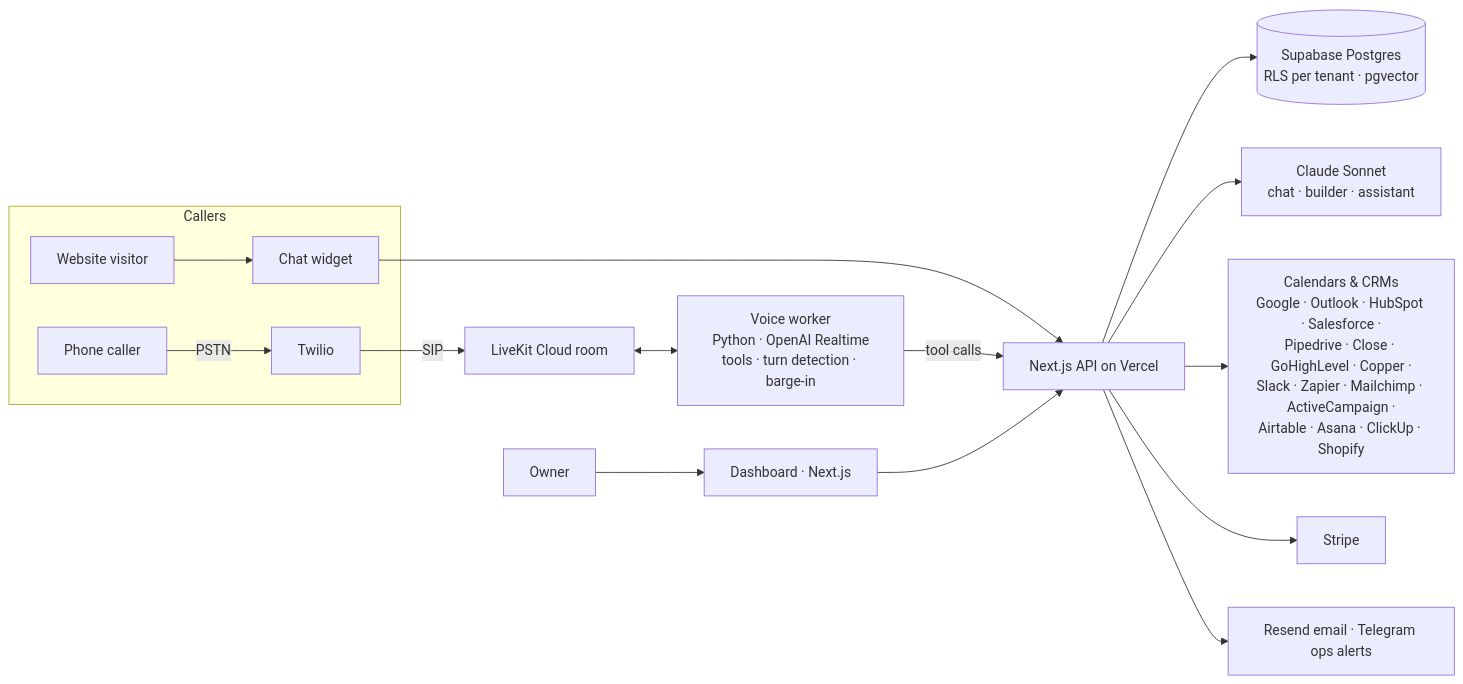
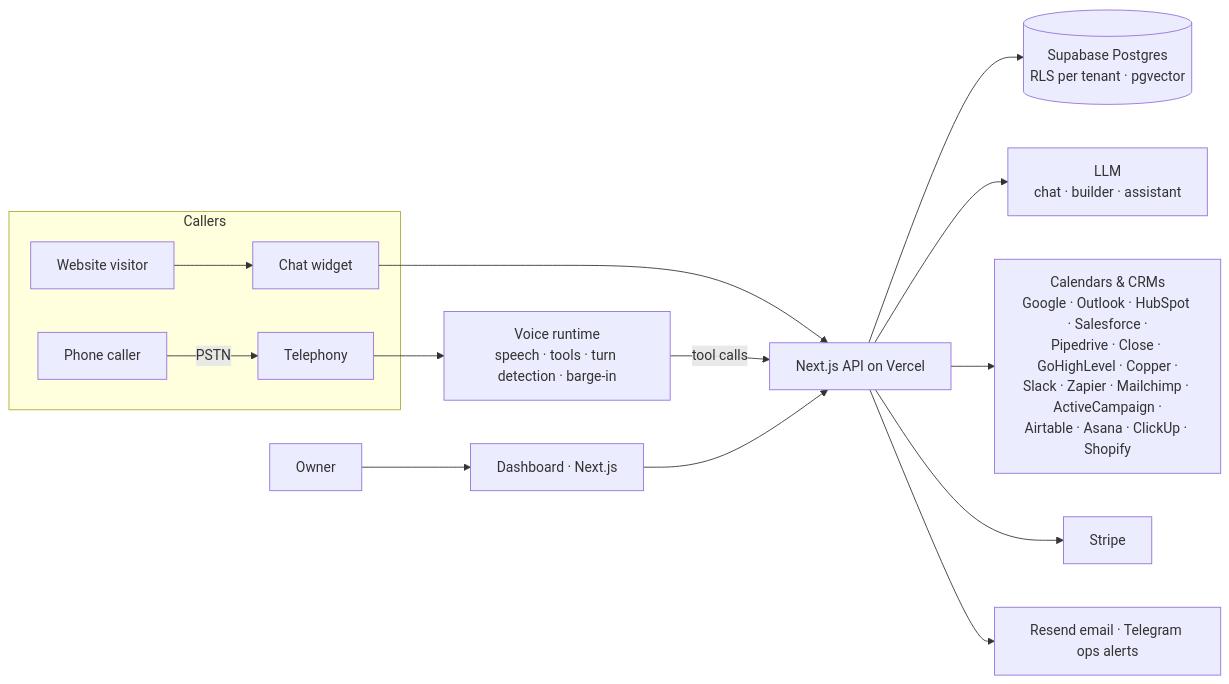
Before and after one commit to lucas-ai-automations/rinqly-ai-receptionist: the first of 2 diagrams in README.md, drawn with Mermaid. The commit also changed other lines of this file, not shown here.

Commit message:
README: keep the voice stack private

````diff
--- a/README.md
+++ b/README.md
@@ -21,18 +21,17 @@
 ```mermaid
 flowchart LR
     subgraph Callers
-        P[Phone caller] -->|PSTN| TW[Twilio]
+        P[Phone caller] -->|PSTN| TEL[Telephony]
         W[Website visitor] --> WG[Chat widget]
     end
-    TW -->|SIP| LK[LiveKit Cloud room]
-    LK <--> VW[Voice worker<br/>Python · OpenAI Realtime<br/>tools · turn detection · barge-in]
+    TEL --> VR[Voice runtime<br/>speech · tools · turn detection · barge-in]
     WG --> API[Next.js API on Vercel]
-    VW -->|tool calls| API
+    VR -->|tool calls| API
     API --> DB[(Supabase Postgres<br/>RLS per tenant · pgvector)]
-    API --> AI[Claude Sonnet<br/>chat · builder · assistant]
+    API --> AI[LLM<br/>chat · builder · assistant]
     API --> INT[Calendars & CRMs<br/>Google · Outlook · HubSpot · Salesforce ·<br/>Pipedrive · Close · GoHighLevel · Copper ·<br/>Slack · Zapier · Mailchimp · ActiveCampaign ·<br/>Airtable · Asana · ClickUp · Shopify]
     API --> ST[Stripe]
     API --> RS[Resend email · Telegram ops alerts]
     O[Owner] --> DASH[Dashboard · Next.js]
     DASH --> API
 ```
````
